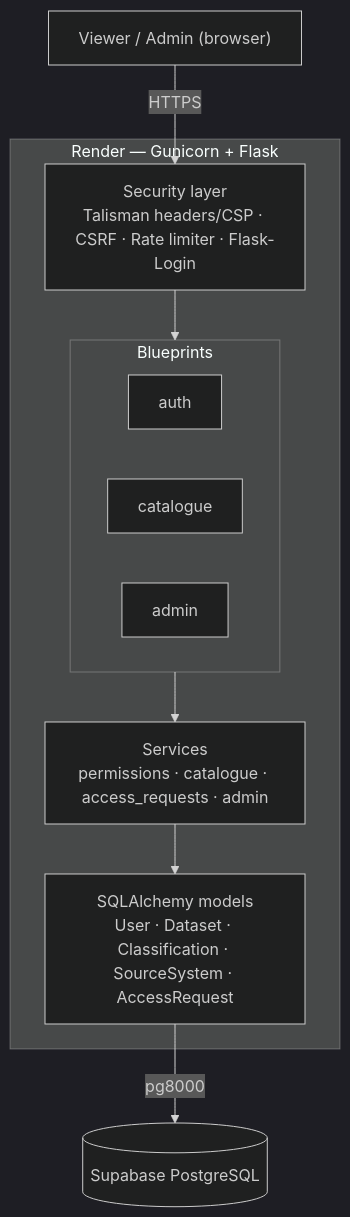
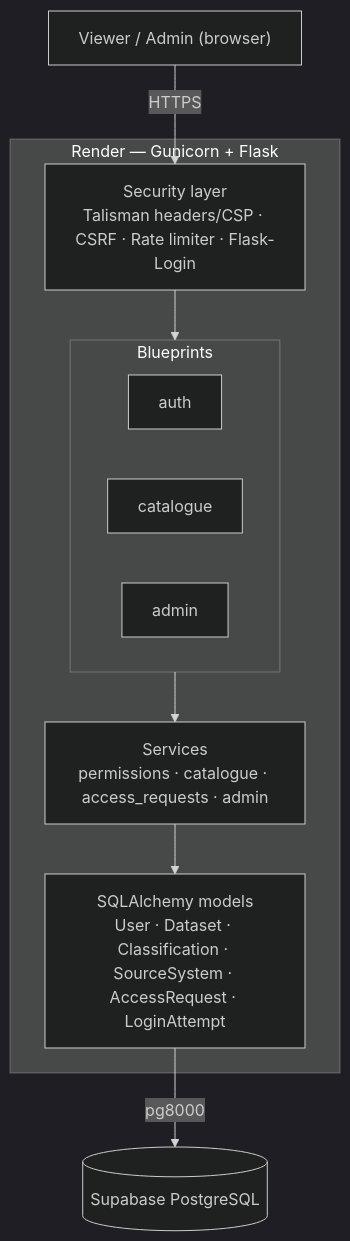
One commit to Y1I1/SWE-dataset-catalogue changed the first of 2 diagrams in README.md. Above: the diagram before and after it, drawn with Mermaid (dark theme). The commit also changed other lines of this file and 1 other file, not shown here.

````diff
--- a/README.md
+++ b/README.md
@@ -78,16 +79,16 @@
 ```mermaid
 flowchart TB
     U["Viewer / Admin (browser)"] -->|HTTPS| MW
     subgraph Host["Render — Gunicorn + Flask"]
       MW["Security layer<br/>Talisman headers/CSP · CSRF · Rate limiter · Flask-Login"]
       subgraph BP["Blueprints"]
         A["auth"]
         C["catalogue"]
         AD["admin"]
       end
       SVC["Services<br/>permissions · catalogue · access_requests · admin"]
-      ORM["SQLAlchemy models<br/>User · Dataset · Classification · SourceSystem · AccessRequest"]
+      ORM["SQLAlchemy models<br/>User · Dataset · Classification · SourceSystem · AccessRequest · LoginAttempt"]
       MW --> BP --> SVC --> ORM
     end
     ORM -->|pg8000| DB[("Supabase PostgreSQL")]
 ```
````
